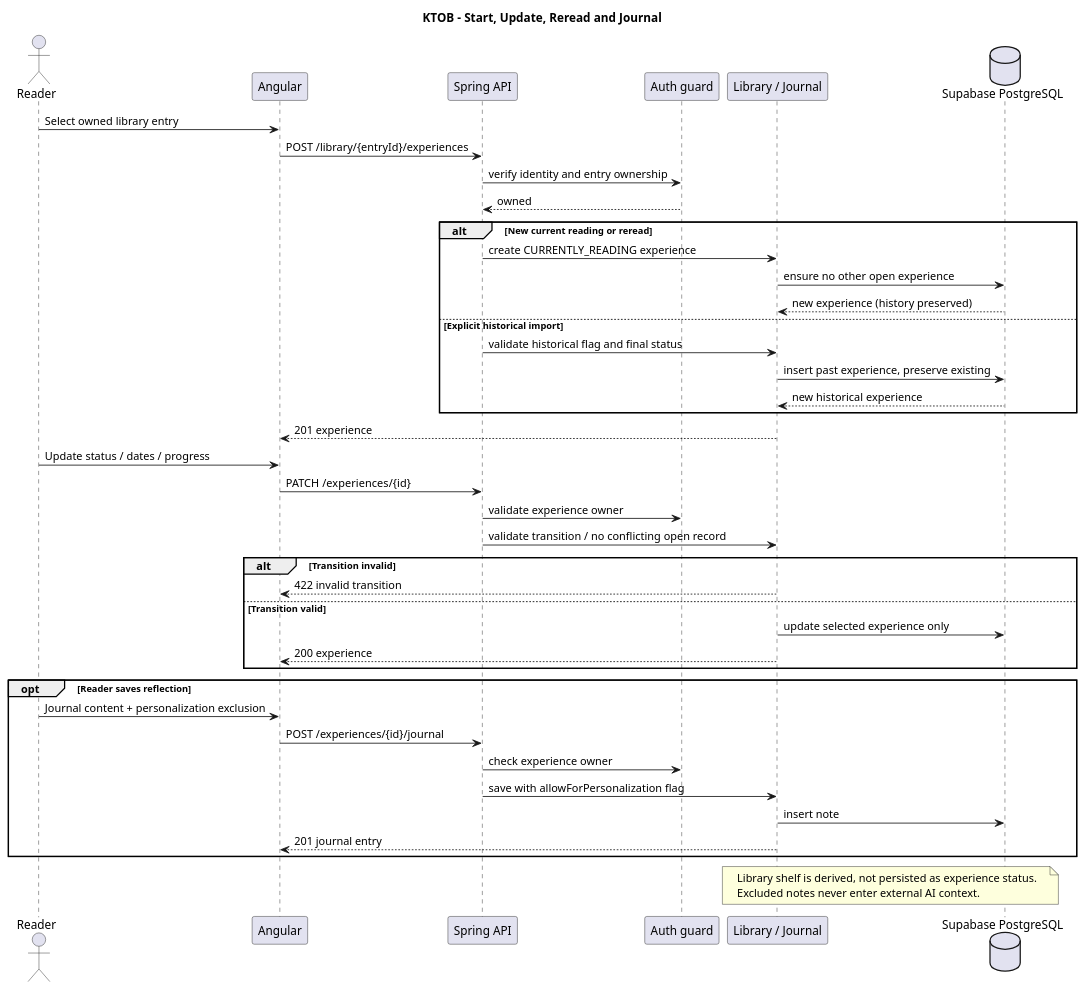
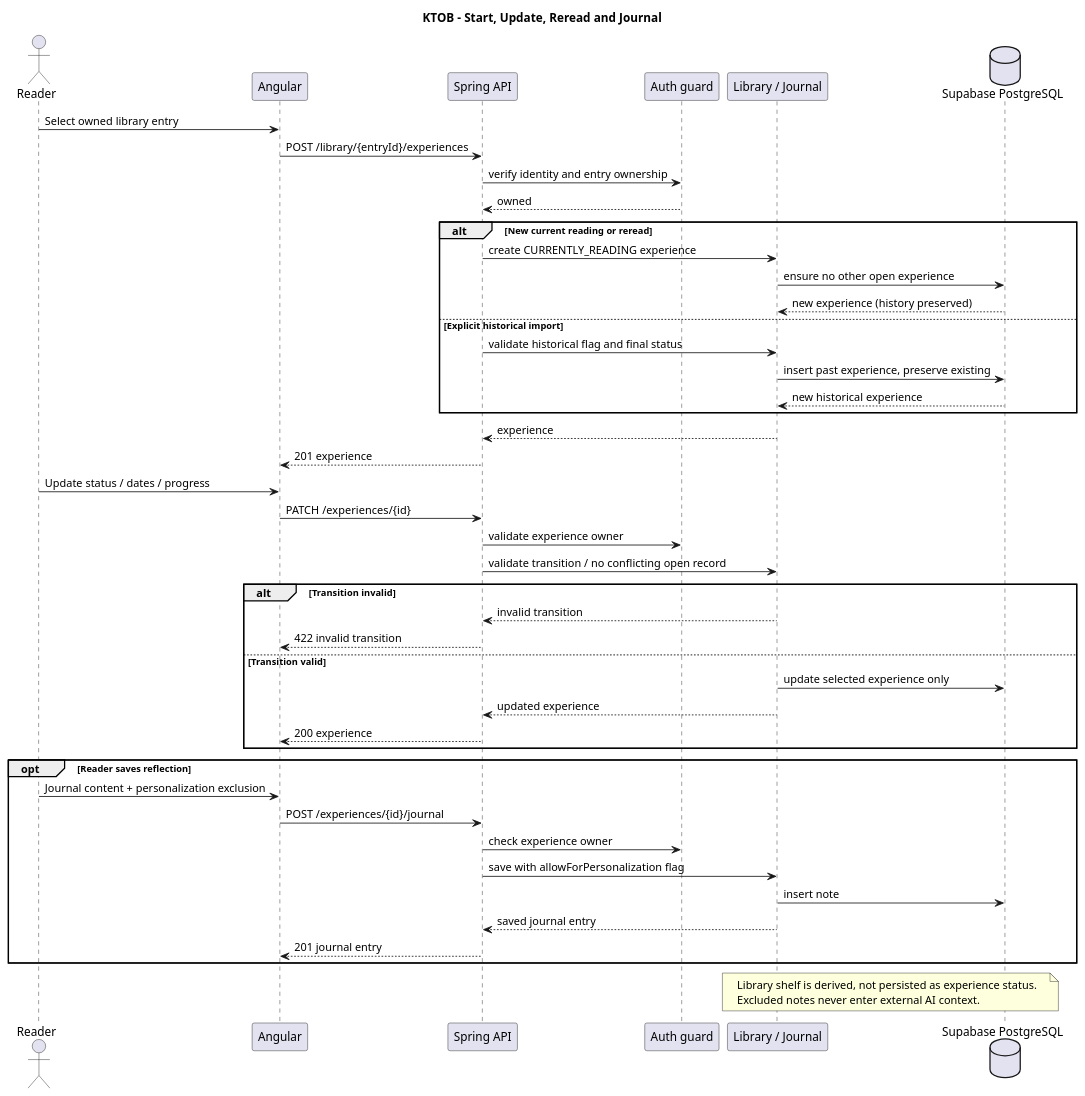
Before and after one commit to Adam-BArbia/ktob-literary-companion: the diagram in docs/uml/08-sequence-reading-journal.puml, drawn with PlantUML. The commit also changed 6 other files, not shown here.

Commit message:
docs(uml): route all responses through API and harden real SVG validation

```diff
--- a/docs/uml/08-sequence-reading-journal.puml
+++ b/docs/uml/08-sequence-reading-journal.puml
@@ -1,45 +1,49 @@
 @startuml KTOB_08_sequence_reading_journal
 title KTOB - Start, Update, Reread and Journal
 actor Reader
 participant "Angular" as UI
 participant "Spring API" as API
 participant "Auth guard" as Guard
 participant "Library / Journal" as Library
 database "Supabase PostgreSQL" as DB
 Reader -> UI : Select owned library entry
 UI -> API : POST /library/{entryId}/experiences
 API -> Guard : verify identity and entry ownership
 Guard --> API : owned
 alt New current reading or reread
  API -> Library : create CURRENTLY_READING experience
  Library -> DB : ensure no other open experience
  DB --> Library : new experience (history preserved)
 else Explicit historical import
  API -> Library : validate historical flag and final status
  Library -> DB : insert past experience, preserve existing
  DB --> Library : new historical experience
 end
-Library --> UI : 201 experience
+Library --> API : experience
+API --> UI : 201 experience
 Reader -> UI : Update status / dates / progress
 UI -> API : PATCH /experiences/{id}
 API -> Guard : validate experience owner
 API -> Library : validate transition / no conflicting open record
 alt Transition invalid
- Library --> UI : 422 invalid transition
+ Library --> API : invalid transition
+API --> UI : 422 invalid transition
 else Transition valid
  Library -> DB : update selected experience only
- Library --> UI : 200 experience
+ Library --> API : updated experience
+API --> UI : 200 experience
 end
 opt Reader saves reflection
  Reader -> UI : Journal content + personalization exclusion
  UI -> API : POST /experiences/{id}/journal
  API -> Guard : check experience owner
  API -> Library : save with allowForPersonalization flag
  Library -> DB : insert note
- Library --> UI : 201 journal entry
+ Library --> API : saved journal entry
+API --> UI : 201 journal entry
 end
 note over Library,DB
 Library shelf is derived, not persisted as experience status.
 Excluded notes never enter external AI context.
 end note
 @enduml
```
